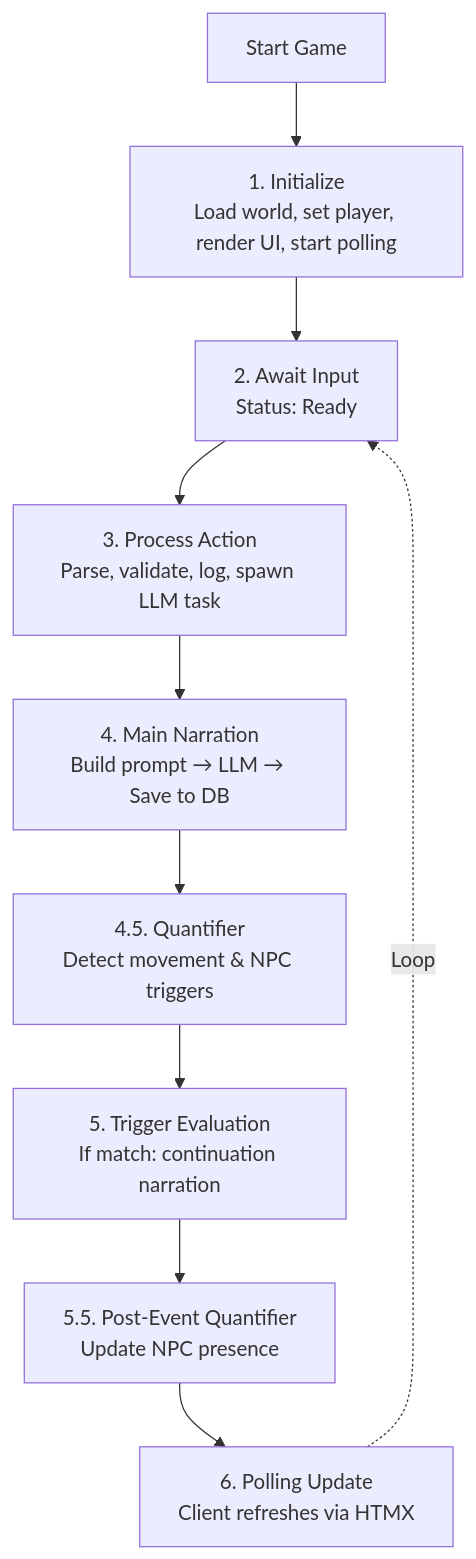
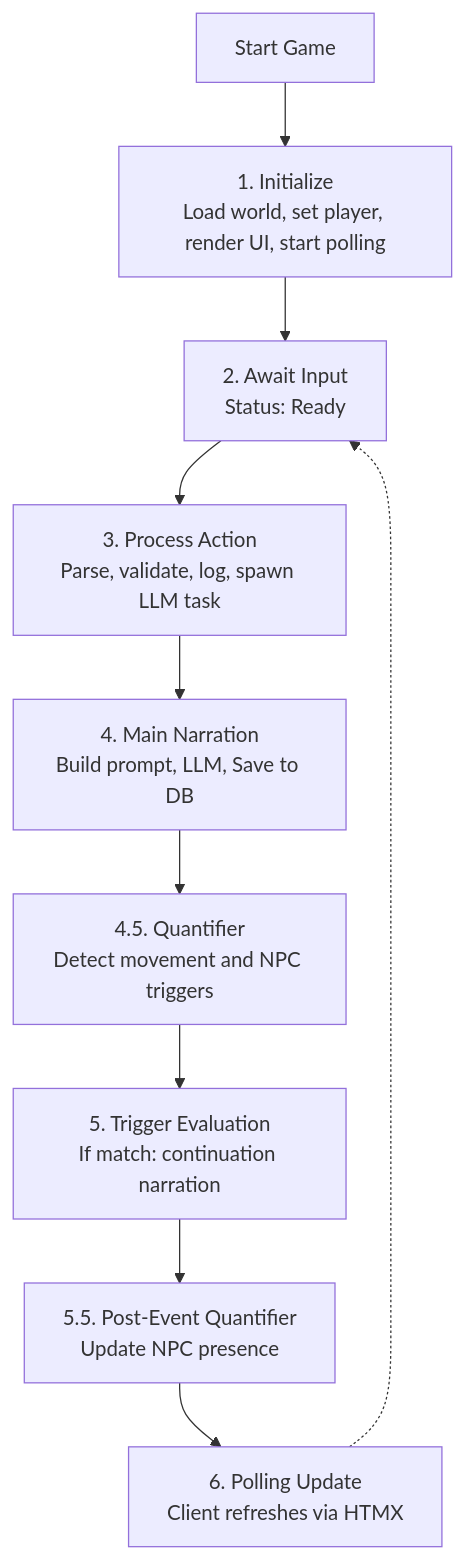
The first of 2 diagrams in chronicler_engine/docs/system/game_flow.md (notsonormal/chronicler-engine), drawn with Mermaid before and after one commit. The commit also changed other lines of this file and 5 other files, not shown here.

````diff
--- a/chronicler_engine/docs/system/game_flow.md
+++ b/chronicler_engine/docs/system/game_flow.md
@@ -11,16 +13,16 @@
 ```mermaid
 flowchart TD
     Start["Start Game"]
     Init["1. Initialize\nLoad world, set player, render UI, start polling"]
     Await["2. Await Input\nStatus: Ready"]
     Process["3. Process Action\nParse, validate, log, spawn LLM task"]
-    Narrate["4. Main Narration\nBuild prompt → LLM → Save to DB"]
-    Quantify["4.5. Quantifier\nDetect movement & NPC triggers"]
-    Trigger["5. Trigger Evaluation\nIf match: continuation narration"]
+    Narrate["4. Main Narration\nBuild prompt, LLM, Save to DB"]
+    Quantify["4.5. Quantifier\nDetect movement and NPC triggers"]
+    TriggerEval["5. Trigger Evaluation\nIf match: continuation narration"]
     Quantify2["5.5. Post-Event Quantifier\nUpdate NPC presence"]
     Poll["6. Polling Update\nClient refreshes via HTMX"]
-    
-    Start --> Init --> Await --> Process --> Narrate --> Quantify --> Trigger
-    Trigger --> Quantify2 --> Poll
-    Poll -.->|Loop| Await
+
+    Start --> Init --> Await --> Process --> Narrate --> Quantify --> TriggerEval
+    TriggerEval --> Quantify2 --> Poll
+    Poll -.-> Await
 ```
````
